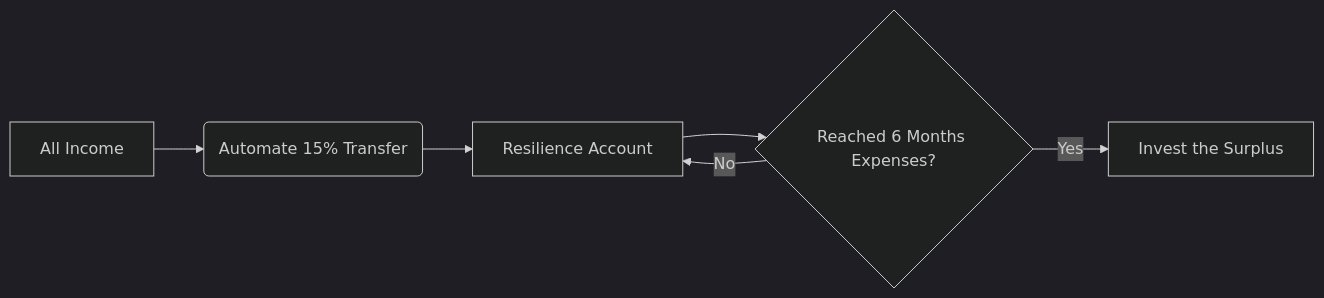
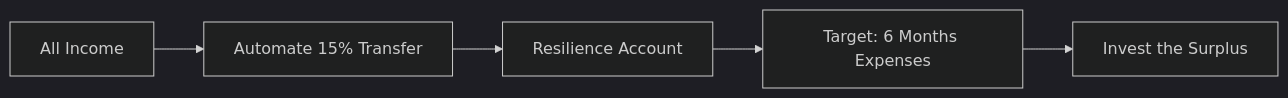
Before and after one commit to salahnomad/salahnomad.github.io: the first of 2 diagrams in content/money-freedom/olive-grove-economy/index.md, drawn with Mermaid (dark theme). The commit also changed other lines of this file and 1 other file, not shown here.

```diff
--- a/content/money-freedom/olive-grove-economy/index.md
+++ b/content/money-freedom/olive-grove-economy/index.md
@@ -207,8 +124,7 @@
 {{< mermaid >}}
 graph LR
-    A[All Income] --> B(Automate 15% Transfer);
-    B --> C[Resilience Account];
-    C --> D{Reached 6 Months Expenses?};
-    D -->|No| C;
-    D -->|Yes| E[Invest the Surplus];
+    A[All Income] --> B[Automate 15% Transfer]
+    B --> C[Resilience Account]
+    C --> D[Target: 6 Months Expenses]
+    D --> E[Invest the Surplus]
 {{< /mermaid >}}
```
